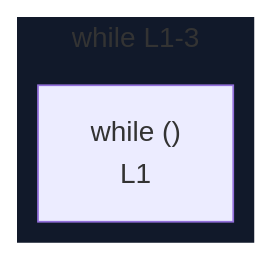
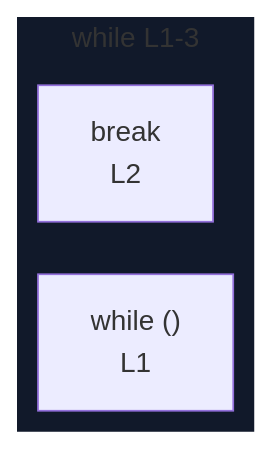
The diagram in integration/fixtures/iteration-statement/while/bare-break/preview.md (crescware/unsnarl), drawn with Mermaid before and after one commit. The commit also changed 352 other files, not shown here.

````diff
--- a/integration/fixtures/iteration-statement/while/bare-break/preview.md
+++ b/integration/fixtures/iteration-statement/while/bare-break/preview.md
@@ -13,10 +13,11 @@
 ```mermaid
 %%{init: {"flowchart": {"defaultRenderer": "elk"}}}%%
 flowchart RL
   subgraph s_scope_1["while L1-3"]
     direction RL
     while_test_scope_0_0["while ()<br/>L1"]
+    bc_break_17["break<br/>L2"]
   end
   classDef nestL1 fill:#11192a,stroke:transparent;
   class s_scope_1 nestL1;
 ```
````
